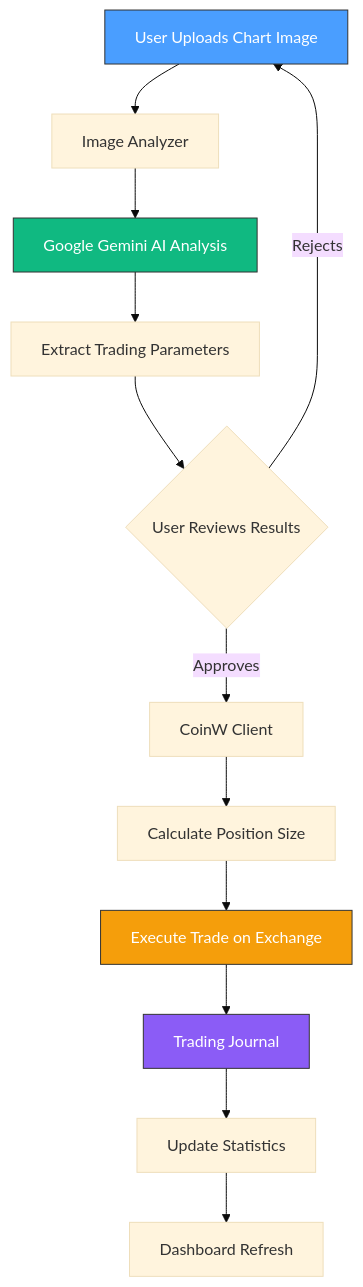
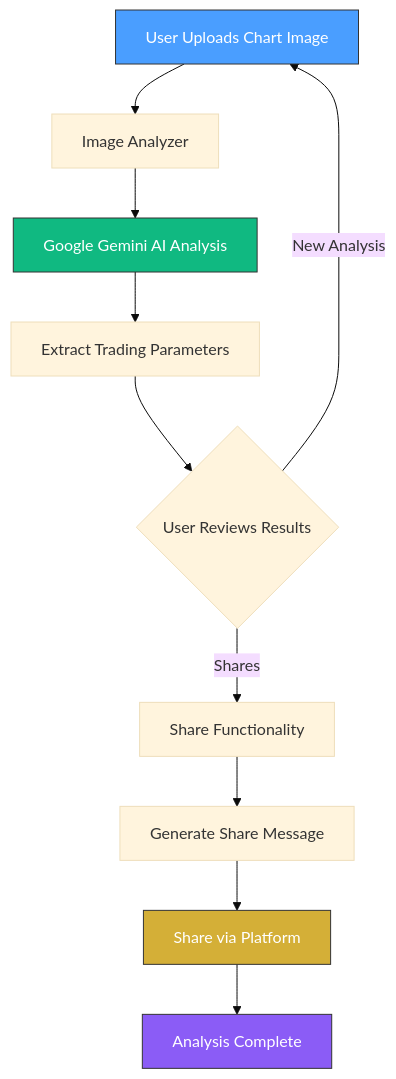
The second of 4 diagrams in README.md (MarxMad/Trading_AI_tool), drawn with Mermaid (base theme) before and after one commit. The commit also changed other lines of this file, not shown here.

Commit message:
Update README: Remove CoinW references, add deployment link, focus on AI analysis and sharing features

````diff
--- a/README.md
+++ b/README.md
@@ -276,19 +250,17 @@
 ```mermaid
 flowchart TD
     A[User Uploads Chart Image] --> B[Image Analyzer]
     B --> C[Google Gemini AI Analysis]
     C --> D[Extract Trading Parameters]
     D --> E{User Reviews Results}
-    E -->|Approves| F[CoinW Client]
-    E -->|Rejects| A
-    F --> G[Calculate Position Size]
-    G --> H[Execute Trade on Exchange]
-    H --> I[Trading Journal]
-    I --> J[Update Statistics]
-    J --> K[Dashboard Refresh]
+    E -->|Shares| F[Share Functionality]
+    E -->|New Analysis| A
+    F --> G[Generate Share Message]
+    G --> H[Share via Platform]
+    H --> I[Analysis Complete]
     
     style A fill:#4a9eff,stroke:#333,color:#fff
     style C fill:#10b981,stroke:#333,color:#fff
-    style H fill:#f59e0b,stroke:#333,color:#fff
+    style H fill:#d4af37,stroke:#333,color:#fff
     style I fill:#8b5cf6,stroke:#333,color:#fff
 ```
````
